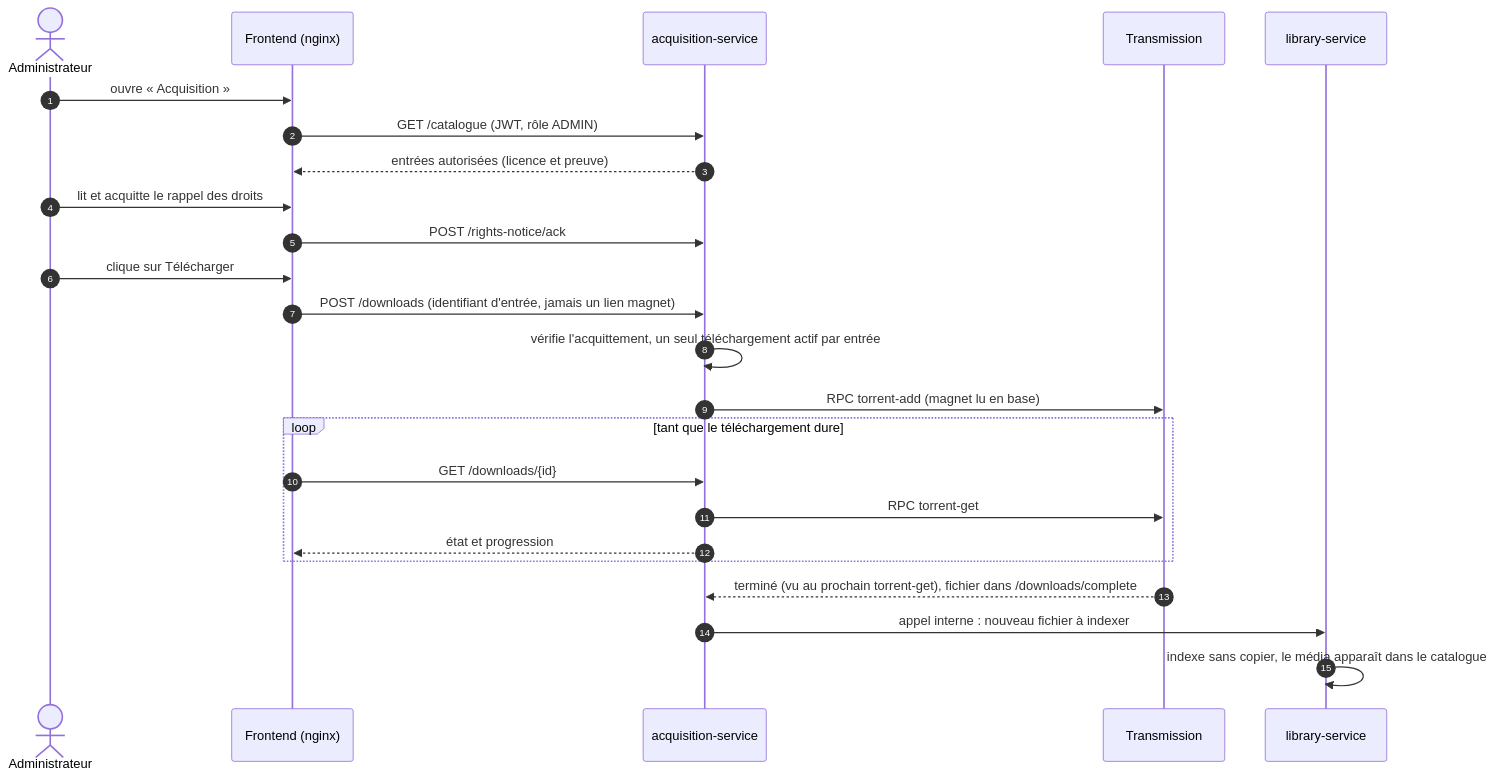
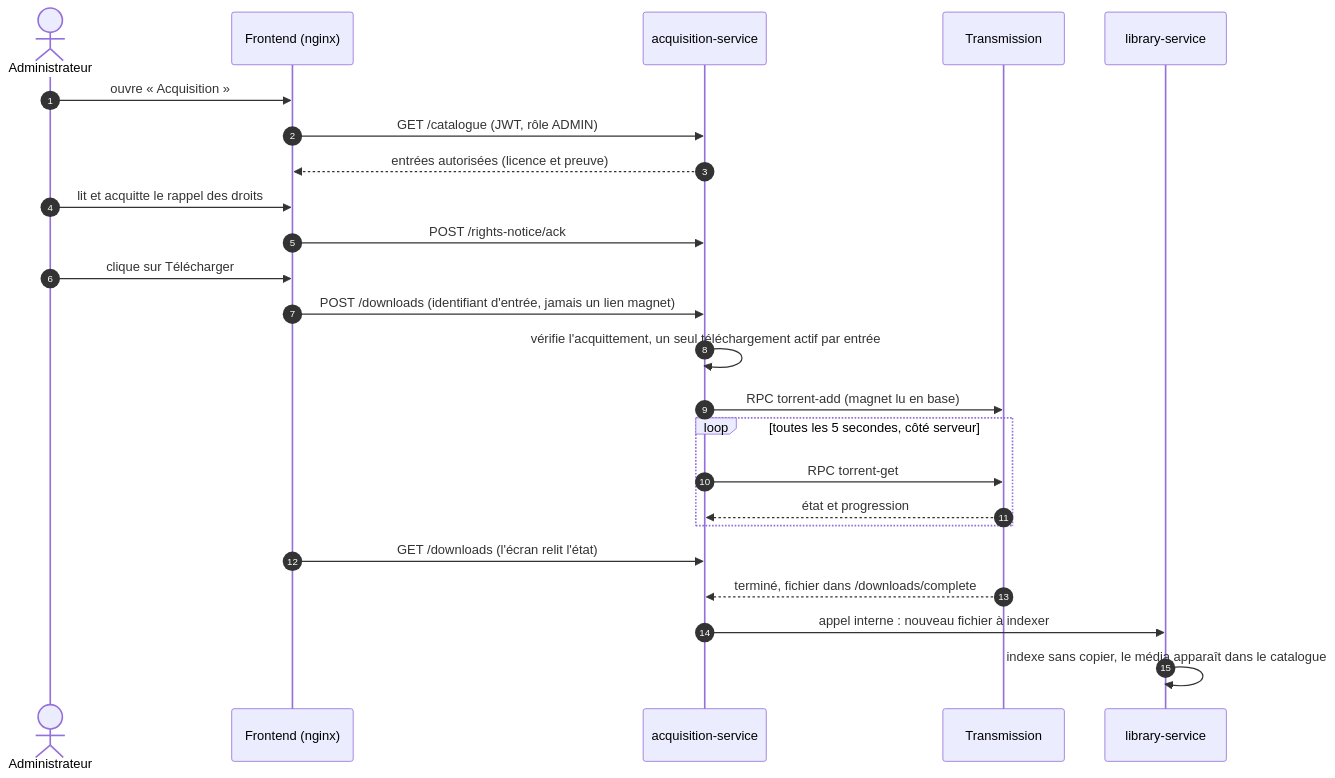
One commit to tomvieilledent/holbertonschool-homeflix-project changed the fourth of 4 diagrams in docs/ARCHITECTURE.md. Above: the diagram before and after it, drawn with Mermaid. The commit also changed other lines of this file and 10 other files, not shown here.

Commit message:
docs: update architecture, risks and MVP exclusions

````diff
--- a/docs/ARCHITECTURE.md
+++ b/docs/ARCHITECTURE.md
@@ -167,27 +167,27 @@
 ```mermaid
 sequenceDiagram
     autonumber
     actor A as Administrateur
     participant F as Frontend (nginx)
     participant Q as acquisition-service
     participant T as Transmission
     participant L as library-service
 
     A->>F: ouvre « Acquisition »
     F->>Q: GET /catalogue (JWT, rôle ADMIN)
     Q-->>F: entrées autorisées (licence et preuve)
     A->>F: lit et acquitte le rappel des droits
     F->>Q: POST /rights-notice/ack
     A->>F: clique sur Télécharger
     F->>Q: POST /downloads (identifiant d'entrée, jamais un lien magnet)
     Q->>Q: vérifie l'acquittement, un seul téléchargement actif par entrée
     Q->>T: RPC torrent-add (magnet lu en base)
-    loop tant que le téléchargement dure
-        F->>Q: GET /downloads/{id}
+    loop toutes les 5 secondes, côté serveur
         Q->>T: RPC torrent-get
-        Q-->>F: état et progression
+        T-->>Q: état et progression
     end
-    T-->>Q: terminé (vu au prochain torrent-get), fichier dans /downloads/complete
+    F->>Q: GET /downloads (l'écran relit l'état)
+    T-->>Q: terminé, fichier dans /downloads/complete
     Q->>L: appel interne : nouveau fichier à indexer
     L->>L: indexe sans copier, le média apparaît dans le catalogue
 ```
````
